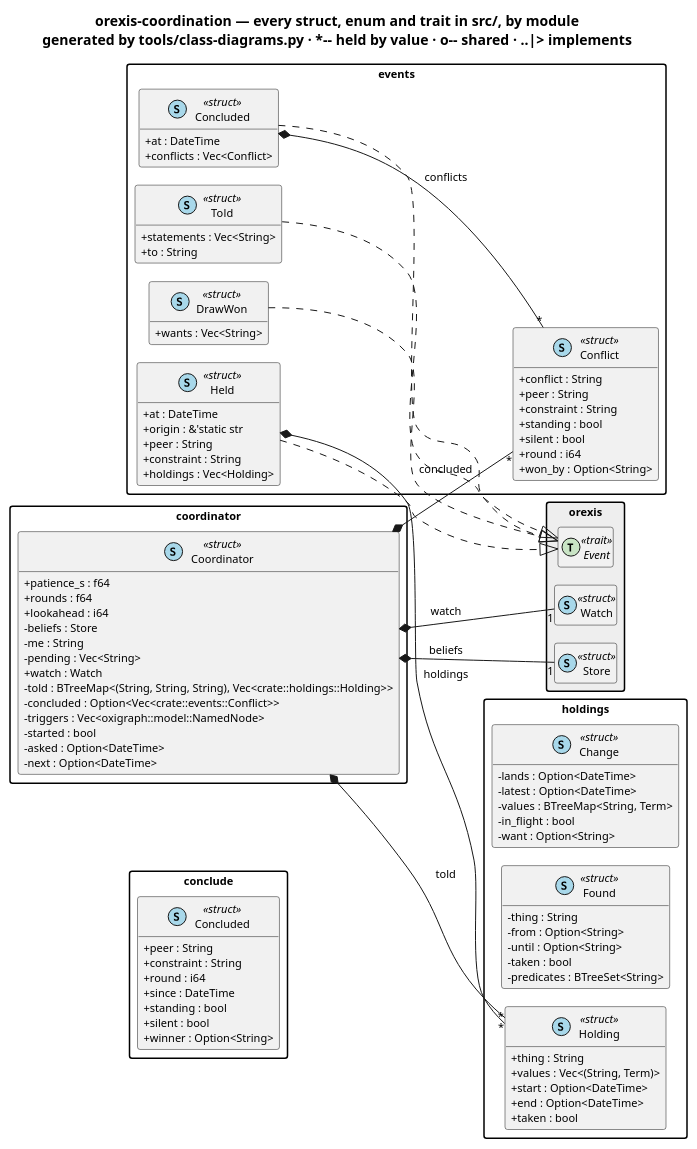
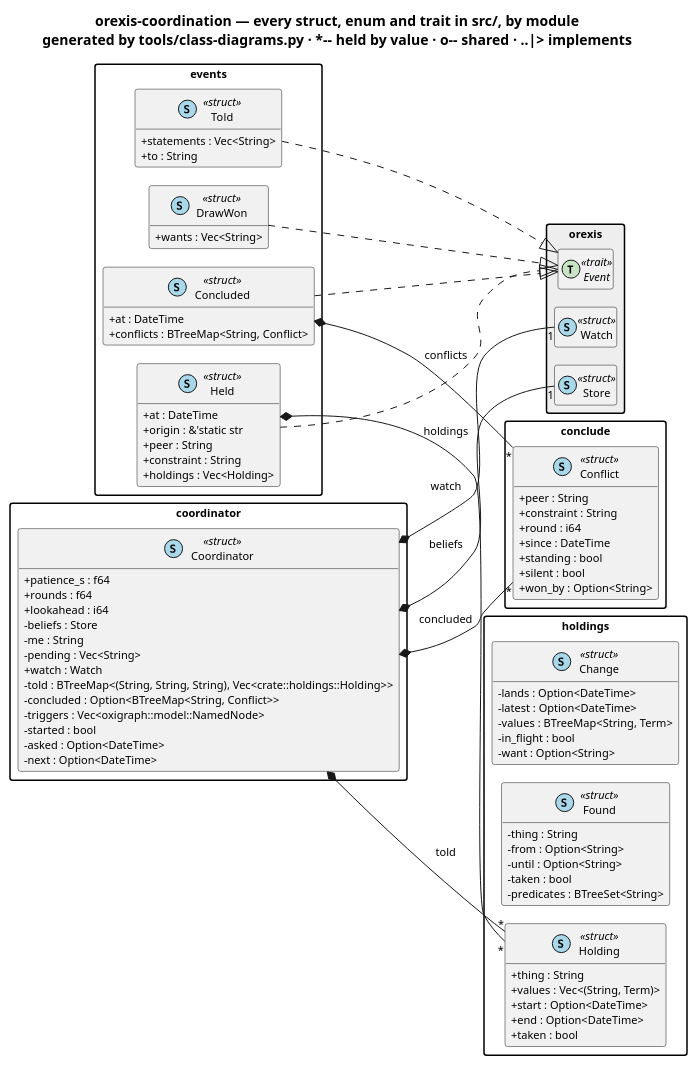
Before and after one commit to ShishkinDmitriy/orexis: the diagram in knowledge/diagrams/package-orexis-coordination.puml, drawn with PlantUML. The commit also changed 22 other files, not shown here.

First line of the commit message:
Every other crate's structs: one conflict, one model reply, and no second copies

```diff
--- a/knowledge/diagrams/package-orexis-coordination.puml
+++ b/knowledge/diagrams/package-orexis-coordination.puml
@@ -1,108 +1,99 @@
 @startuml package-orexis-coordination
 !pragma layout smetana
 title orexis-coordination — every struct, enum and trait in src/, by module\ngenerated by tools/class-diagrams.py · ~*~-~- held by value · o~-~- shared · ..|> implements
 skinparam shadowing false
 skinparam classAttributeIconSize 0
 skinparam defaultFontSize 11
 skinparam packageStyle rectangle
 hide empty members
 left to right direction
 
 package "conclude" {
-  class "Concluded" as orexis_coordination__conclude__Concluded << (S,#A8D8EA) struct >> {
+  class "Conflict" as orexis_coordination__conclude__Conflict << (S,#A8D8EA) struct >> {
     {field} +peer : String
     {field} +constraint : String
     {field} +round : i64
     {field} +since : DateTime
     {field} +standing : bool
     {field} +silent : bool
-    {field} +winner : Option<String>
+    {field} +won_by : Option<String>
   }
 }
 package "coordinator" {
   class "Coordinator" as orexis_coordination__coordinator__Coordinator << (S,#A8D8EA) struct >> {
     {field} +patience_s : f64
     {field} +rounds : f64
     {field} +lookahead : i64
     {field} -beliefs : Store
     {field} -me : String
     {field} -pending : Vec<String>
     {field} +watch : Watch
     {field} -told : BTreeMap<(String, String, String), Vec<crate::holdings::Holding>>
-    {field} -concluded : Option<Vec<crate::events::Conflict>>
+    {field} -concluded : Option<BTreeMap<String, Conflict>>
     {field} -triggers : Vec<oxigraph::model::NamedNode>
     {field} -started : bool
     {field} -asked : Option<DateTime>
     {field} -next : Option<DateTime>
   }
 }
 package "events" {
   class "Concluded" as orexis_coordination__events__Concluded << (S,#A8D8EA) struct >> {
     {field} +at : DateTime
-    {field} +conflicts : Vec<Conflict>
-  }
-  class "Conflict" as orexis_coordination__events__Conflict << (S,#A8D8EA) struct >> {
-    {field} +conflict : String
-    {field} +peer : String
-    {field} +constraint : String
-    {field} +standing : bool
-    {field} +silent : bool
-    {field} +round : i64
-    {field} +won_by : Option<String>
+    {field} +conflicts : BTreeMap<String, Conflict>
   }
   class "DrawWon" as orexis_coordination__events__DrawWon << (S,#A8D8EA) struct >> {
     {field} +wants : Vec<String>
   }
   class "Held" as orexis_coordination__events__Held << (S,#A8D8EA) struct >> {
     {field} +at : DateTime
     {field} +origin : &'static str
     {field} +peer : String
     {field} +constraint : String
     {field} +holdings : Vec<Holding>
   }
   class "Told" as orexis_coordination__events__Told << (S,#A8D8EA) struct >> {
     {field} +statements : Vec<String>
     {field} +to : String
   }
 }
 package "holdings" {
   class "Change" as orexis_coordination__holdings__Change << (S,#A8D8EA) struct >> {
     {field} -lands : Option<DateTime>
     {field} -latest : Option<DateTime>
     {field} -values : BTreeMap<String, Term>
     {field} -in_flight : bool
     {field} -want : Option<String>
   }
   class "Found" as orexis_coordination__holdings__Found << (S,#A8D8EA) struct >> {
     {field} -thing : String
     {field} -from : Option<String>
     {field} -until : Option<String>
     {field} -taken : bool
     {field} -predicates : BTreeSet<String>
   }
   class "Holding" as orexis_coordination__holdings__Holding << (S,#A8D8EA) struct >> {
     {field} +thing : String
     {field} +values : Vec<(String, Term)>
     {field} +start : Option<DateTime>
     {field} +end : Option<DateTime>
     {field} +taken : bool
   }
 }
 
 package "orexis" #EEEEEE {
   interface "Event" as orexis__events__Event << (T,#C9E4C5) trait >>
   class "Watch" as orexis__events__Watch << (S,#A8D8EA) struct >>
   class "Store" as orexis__store__Store << (S,#A8D8EA) struct >>
 }
 
-orexis_coordination__events__Concluded *-- "*" orexis_coordination__events__Conflict : conflicts
 orexis_coordination__coordinator__Coordinator *-- "1" orexis__store__Store : beliefs
 orexis_coordination__coordinator__Coordinator *-- "1" orexis__events__Watch : watch
 orexis_coordination__coordinator__Coordinator *-- "*" orexis_coordination__holdings__Holding : told
-orexis_coordination__coordinator__Coordinator *-- "*" orexis_coordination__events__Conflict : concluded
+orexis_coordination__coordinator__Coordinator *-- "*" orexis_coordination__conclude__Conflict : concluded
 orexis_coordination__events__Held *-- "*" orexis_coordination__holdings__Holding : holdings
+orexis_coordination__events__Concluded *-- "*" orexis_coordination__conclude__Conflict : conflicts
 orexis_coordination__events__Concluded ..|> orexis__events__Event
 orexis_coordination__events__DrawWon ..|> orexis__events__Event
 orexis_coordination__events__Held ..|> orexis__events__Event
 orexis_coordination__events__Told ..|> orexis__events__Event
 @enduml
```
